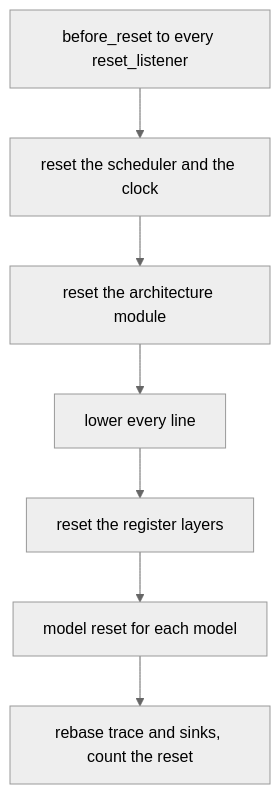
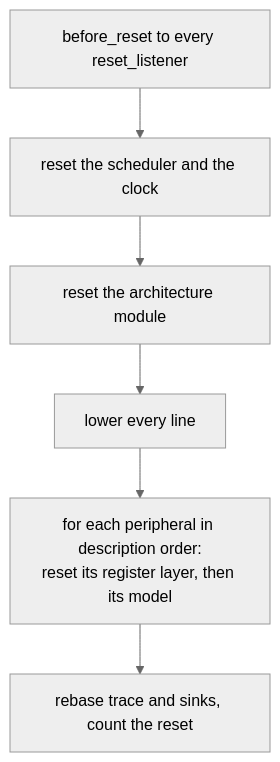
The diagram in docs/dev/peripherals.md (Garcia6l20/popcorn), drawn with Mermaid (neutral theme) before and after one commit. The commit also changed other lines of this file and 6 other files, not shown here.

````diff
--- a/docs/dev/peripherals.md
+++ b/docs/dev/peripherals.md
@@ -55,9 +55,8 @@
 ```mermaid
 flowchart TD
     A[before_reset to every reset_listener] --> B[reset the scheduler and the clock]
     B --> C[reset the architecture module]
     C --> D[lower every line]
-    D --> E[reset the register layers]
-    E --> F[model reset for each model]
-    F --> G[rebase trace and sinks, count the reset]
+    D --> E[for each peripheral in description order:<br/>reset its register layer, then its model]
+    E --> G[rebase trace and sinks, count the reset]
 ```
````
